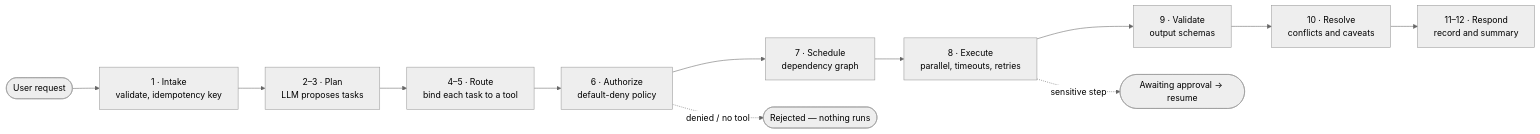
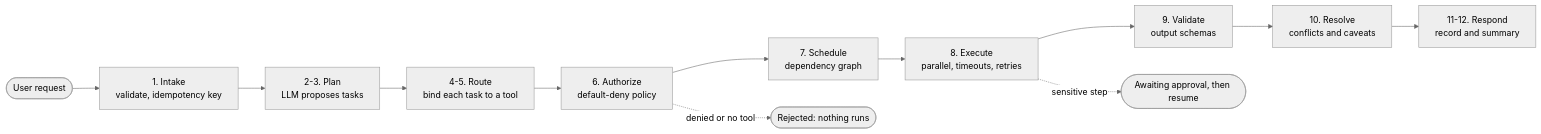
One commit to NihaalNO/multi-agent-orchestrator changed the first of 3 diagrams in README.md. Above: the diagram before and after it, drawn with Mermaid (neutral theme). The commit also changed other lines of this file, not shown here.

First line of the commit message:
Fix README diagrams that GitHub could not render

````diff
--- a/README.md
+++ b/README.md
@@ -111,14 +111,14 @@
 ```mermaid
 flowchart LR
-    U([User request]) --> A[1 · Intake<br/>validate, idempotency key]
-    A --> P[2–3 · Plan<br/>LLM proposes tasks]
-    P --> R[4–5 · Route<br/>bind each task to a tool]
-    R --> Z[6 · Authorize<br/>default-deny policy]
-    Z --> D[7 · Schedule<br/>dependency graph]
-    D --> X[8 · Execute<br/>parallel, timeouts, retries]
-    X --> V[9 · Validate<br/>output schemas]
-    V --> C[10 · Resolve<br/>conflicts and caveats]
-    C --> S[11–12 · Respond<br/>record and summary]
-    Z -. denied / no tool .-> RJ([Rejected — nothing runs])
-    X -. sensitive step .-> AP([Awaiting approval → resume])
+    U(["User request"]) --> A["1. Intake<br/>validate, idempotency key"]
+    A --> P["2-3. Plan<br/>LLM proposes tasks"]
+    P --> R["4-5. Route<br/>bind each task to a tool"]
+    R --> Z["6. Authorize<br/>default-deny policy"]
+    Z --> D["7. Schedule<br/>dependency graph"]
+    D --> X["8. Execute<br/>parallel, timeouts, retries"]
+    X --> V["9. Validate<br/>output schemas"]
+    V --> C["10. Resolve<br/>conflicts and caveats"]
+    C --> S["11-12. Respond<br/>record and summary"]
+    Z -.->|"denied or no tool"| RJ(["Rejected: nothing runs"])
+    X -.->|"sensitive step"| AP(["Awaiting approval, then resume"])
 ```
````
